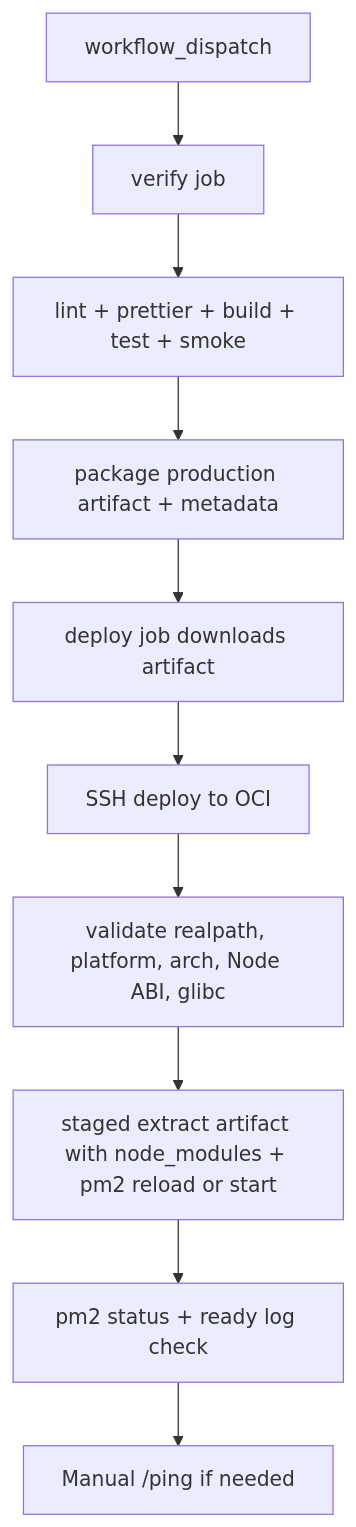
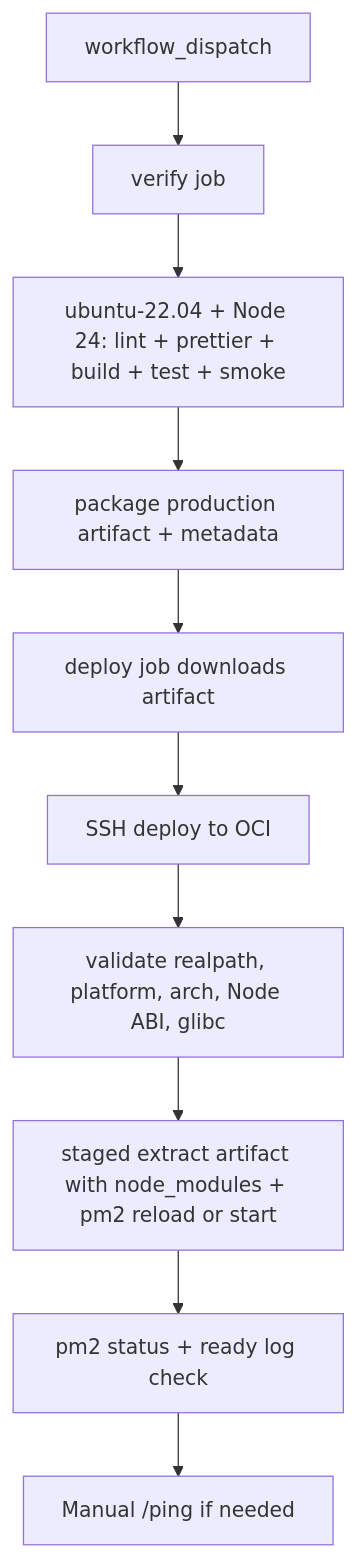
One commit to honki12345/haruharu-discord-bot changed the diagram in docs/PROJECT.md. Above: the diagram before and after it, drawn with Mermaid. The commit also changed other lines of this file and 6 other files, not shown here.

````diff
--- a/docs/PROJECT.md
+++ b/docs/PROJECT.md
@@ -272,12 +272,12 @@
 ```mermaid
 flowchart TD
   A[workflow_dispatch] --> B[verify job]
-  B --> C[lint + prettier + build + test + smoke]
+  B --> C[ubuntu-22.04 + Node 24: lint + prettier + build + test + smoke]
   C --> D[package production artifact + metadata]
   D --> E[deploy job downloads artifact]
   E --> F[SSH deploy to OCI]
   F --> G[validate realpath, platform, arch, Node ABI, glibc]
   G --> H[staged extract artifact with node_modules + pm2 reload or start]
   H --> I[pm2 status + ready log check]
   I --> J[Manual /ping if needed]
 ```
````
